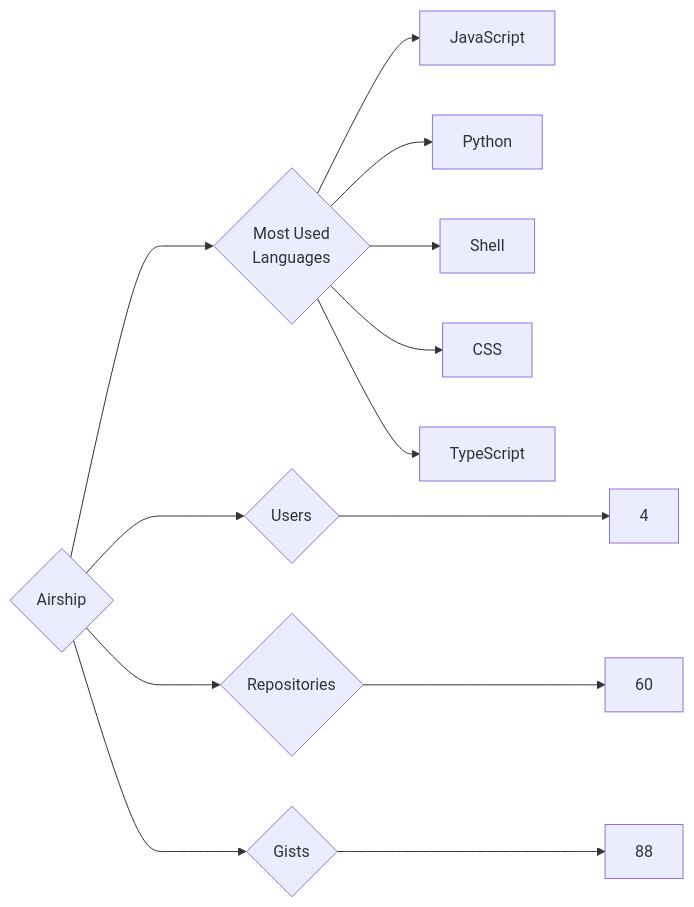
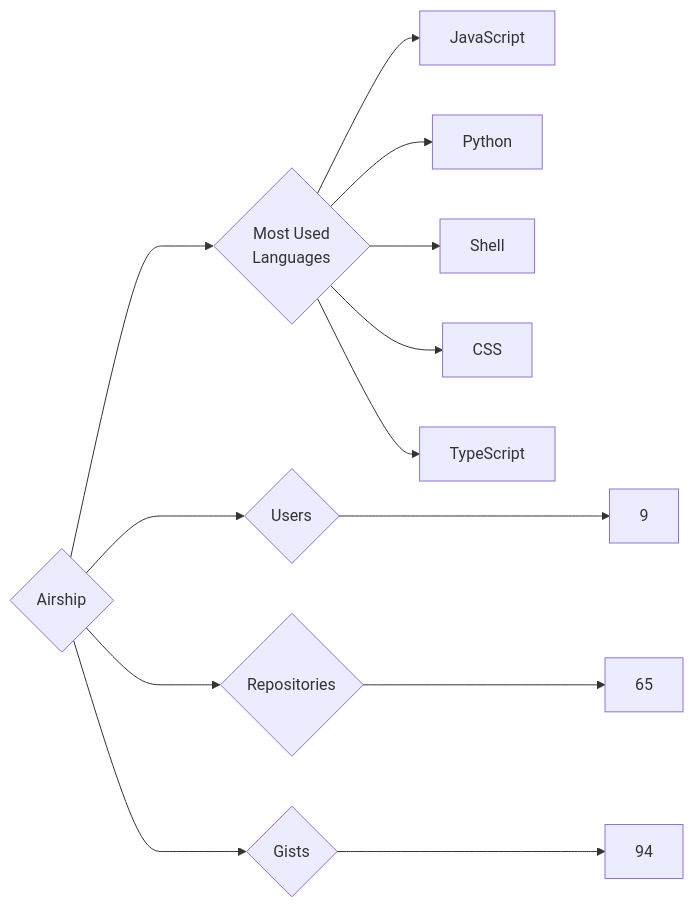
Before and after one commit to trickest/insiders: the diagram in targets/Airship/README.md, drawn with Mermaid. The commit also changed 1123 other files, not shown here.

````diff
--- a/targets/Airship/README.md
+++ b/targets/Airship/README.md
@@ -3,13 +3,13 @@
 ```mermaid
 graph LR
 COMPANY_NAME{Airship}
-COMPANY_NAME ---> U{Users} ---> UN[4]
-COMPANY_NAME ---> R{Repositories} ---> RN[60]
-COMPANY_NAME ---> G{Gists} ---> GN[88]
+COMPANY_NAME ---> U{Users} ---> UN[9]
+COMPANY_NAME ---> R{Repositories} ---> RN[65]
+COMPANY_NAME ---> G{Gists} ---> GN[94]
 COMPANY_NAME ---> ML{Most Used<br>Languages}
 ML --> JavaScript[JavaScript]
 ML --> Python[Python]
 ML --> Shell[Shell]
 ML --> CSS[CSS]
 ML --> TypeScript[TypeScript]
 ```
````
